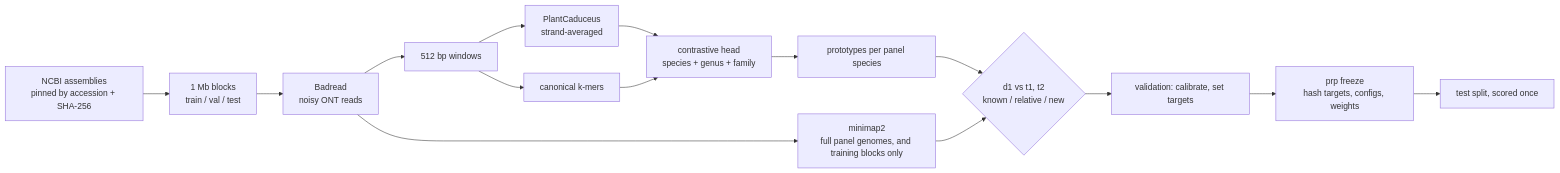
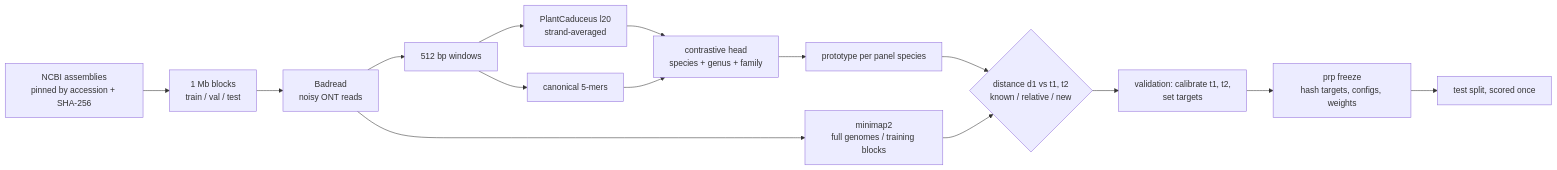
One commit to gbadedata/plant-read-placement changed the diagram in README.md. Above: the diagram before and after it, drawn with Mermaid. The commit also changed other lines of this file and 4 other files, not shown here.

First line of the commit message:
README rewrite: short answer, results figure, scorecard, audit trail

````diff
--- a/README.md
+++ b/README.md
@@ -24,17 +108,17 @@
 ```mermaid
 flowchart LR
   A[NCBI assemblies<br/>pinned by accession + SHA-256] --> B[1 Mb blocks<br/>train / val / test]
   B --> C[Badread<br/>noisy ONT reads]
   C --> D[512 bp windows]
-  D --> E1[PlantCaduceus<br/>strand-averaged]
-  D --> E2[canonical k-mers]
-  C --> M[minimap2<br/>full panel genomes, and training blocks only]
+  D --> E1[PlantCaduceus l20<br/>strand-averaged]
+  D --> E2[canonical 5-mers]
+  C --> M[minimap2<br/>full genomes / training blocks]
   E1 --> F[contrastive head<br/>species + genus + family]
   E2 --> F
-  F --> G[prototypes per panel species]
-  G --> H{d1 vs t1, t2<br/>known / relative / new}
+  F --> G[prototype per panel species]
+  G --> H{distance d1 vs t1, t2<br/>known / relative / new}
   M --> H
-  H --> I[validation: calibrate, set targets]
+  H --> I[validation: calibrate t1, t2,<br/>set targets]
   I --> J[prp freeze<br/>hash targets, configs, weights]
   J --> K[test split, scored once]
 ```
````
